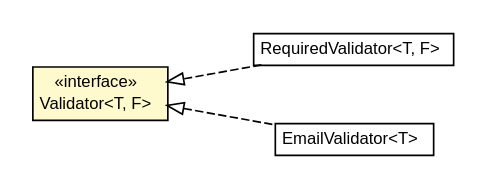
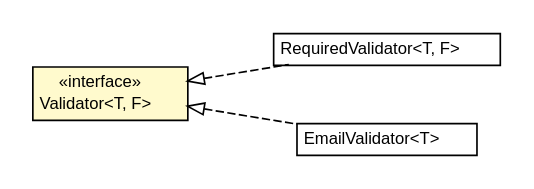
The diagram in javadoc/apidocs/org/turbogwt/mvp/databind/client/validation/Validator.dot (growbit/turbogwt-databind), drawn with Graphviz before and after one commit. The commit also changed 144 other files, not shown here.

```diff
--- a/javadoc/apidocs/org/turbogwt/mvp/databind/client/validation/Validator.dot
+++ b/javadoc/apidocs/org/turbogwt/mvp/databind/client/validation/Validator.dot
@@ -1,36 +1,36 @@
 #!/usr/local/bin/dot
 #
 # Class diagram 
 # Generated by UMLGraph version R5_6-24-gf6e263 (http://www.umlgraph.org/)
 #
 
 digraph G {
-	edge [fontname="arial",fontsize=10,labelfontname="arial",labelfontsize=10];
-	node [fontname="arial",fontsize=10,shape=plaintext];
+	edge [fontname="Helvetica",fontsize=10,labelfontname="Helvetica",labelfontsize=10];
+	node [fontname="Helvetica",fontsize=10,shape=plaintext];
 	nodesep=0.25;
 	ranksep=0.5;
 	rankdir=LR;
+	// org.turbogwt.mvp.databind.client.validation.RequiredValidator<T, F>
+	c1099 [label=<<table title="org.turbogwt.mvp.databind.client.validation.RequiredValidator" border="0" cellborder="1" cellspacing="0" cellpadding="2" port="p" href="./RequiredValidator.html">
+		<tr><td><table border="0" cellspacing="0" cellpadding="1">
+<tr><td align="center" balign="center"> RequiredValidator&lt;T, F&gt; </td></tr>
+		</table></td></tr>
+		</table>>, URL="./RequiredValidator.html", fontname="Helvetica", fontcolor="black", fontsize=10.0];
 	// org.turbogwt.mvp.databind.client.validation.Validator<T, F>
-	c1099 [label=<<table title="org.turbogwt.mvp.databind.client.validation.Validator" border="0" cellborder="1" cellspacing="0" cellpadding="2" port="p" bgcolor="lemonChiffon" href="./Validator.html">
+	c1105 [label=<<table title="org.turbogwt.mvp.databind.client.validation.Validator" border="0" cellborder="1" cellspacing="0" cellpadding="2" port="p" bgcolor="lemonChiffon" href="./Validator.html">
 		<tr><td><table border="0" cellspacing="0" cellpadding="1">
 <tr><td align="center" balign="center"> &#171;interface&#187; </td></tr>
 <tr><td align="center" balign="center"> Validator&lt;T, F&gt; </td></tr>
 		</table></td></tr>
-		</table>>, URL="./Validator.html", fontname="arial", fontcolor="black", fontsize=10.0];
-	// org.turbogwt.mvp.databind.client.validation.RequiredValidator<T, F>
-	c1105 [label=<<table title="org.turbogwt.mvp.databind.client.validation.RequiredValidator" border="0" cellborder="1" cellspacing="0" cellpadding="2" port="p" href="./RequiredValidator.html">
-		<tr><td><table border="0" cellspacing="0" cellpadding="1">
-<tr><td align="center" balign="center"> RequiredValidator&lt;T, F&gt; </td></tr>
-		</table></td></tr>
-		</table>>, URL="./RequiredValidator.html", fontname="arial", fontcolor="black", fontsize=10.0];
+		</table>>, URL="./Validator.html", fontname="Helvetica", fontcolor="black", fontsize=10.0];
 	// org.turbogwt.mvp.databind.client.validation.EmailValidator<T>
 	c1106 [label=<<table title="org.turbogwt.mvp.databind.client.validation.EmailValidator" border="0" cellborder="1" cellspacing="0" cellpadding="2" port="p" href="./EmailValidator.html">
 		<tr><td><table border="0" cellspacing="0" cellpadding="1">
 <tr><td align="center" balign="center"> EmailValidator&lt;T&gt; </td></tr>
 		</table></td></tr>
-		</table>>, URL="./EmailValidator.html", fontname="arial", fontcolor="black", fontsize=10.0];
+		</table>>, URL="./EmailValidator.html", fontname="Helvetica", fontcolor="black", fontsize=10.0];
 	//org.turbogwt.mvp.databind.client.validation.RequiredValidator<T, F> implements org.turbogwt.mvp.databind.client.validation.Validator<T, F>
-	c1099:p -> c1105:p [dir=back,arrowtail=empty,style=dashed];
+	c1105:p -> c1099:p [dir=back,arrowtail=empty,style=dashed];
 	//org.turbogwt.mvp.databind.client.validation.EmailValidator<T> implements org.turbogwt.mvp.databind.client.validation.Validator<T, F>
-	c1099:p -> c1106:p [dir=back,arrowtail=empty,style=dashed];
+	c1105:p -> c1106:p [dir=back,arrowtail=empty,style=dashed];
 }
```
